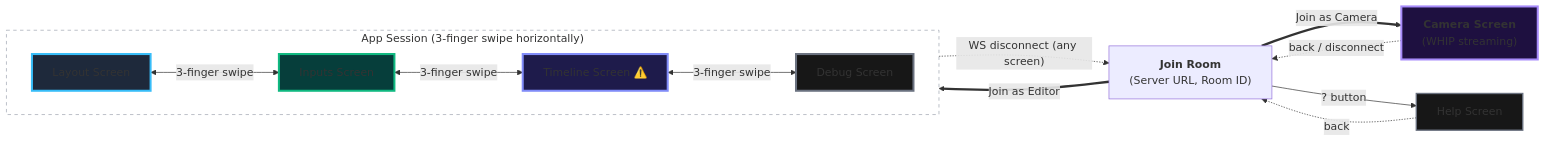
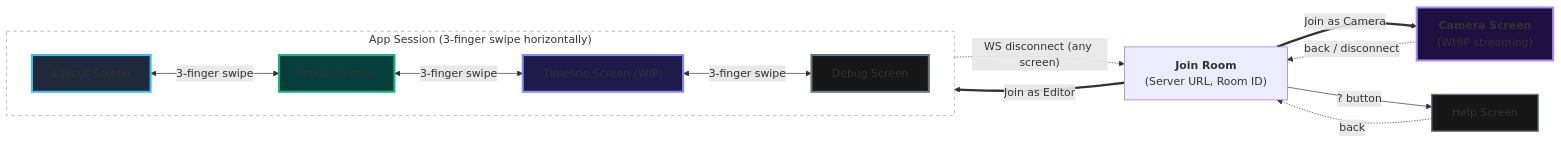
The first of 4 diagrams in mobile_app/README.md (smelter-labs/smelter-editor), drawn with Mermaid before and after one commit. The commit also changed other lines of this file and 14 other files, not shown here.

````diff
--- a/mobile_app/README.md
+++ b/mobile_app/README.md
@@ -34,33 +33,33 @@
 ```mermaid
 flowchart LR
     JoinRoom["<b>Join Room</b><br/>(Server URL, Room ID)"]
     Camera["<b>Camera Screen</b><br/>(WHIP streaming)"]
     Help["Help Screen"]
 
     subgraph App ["App Session (3-finger swipe horizontally)"]
         direction LR
         Layout["Layout Screen"]
         Inputs["Inputs Screen"]
-        Timeline["Timeline Screen ⚠️"]
+        Timeline["Timeline Screen (WIP)"]
         Debug["Debug Screen"]
 
         Layout <-->|"3-finger swipe"| Inputs
         Inputs <-->|"3-finger swipe"| Timeline
         Timeline <-->|"3-finger swipe"| Debug
     end
 
     JoinRoom ==>|"Join as Editor"| Layout
     JoinRoom ==>|"Join as Camera"| Camera
     JoinRoom -->|"? button"| Help
     Camera -.->|"back / disconnect"| JoinRoom
     Help -.->|"back"| JoinRoom
     App -.->|"WS disconnect (any screen)"| JoinRoom
 
     style Layout fill:#1E293B,stroke:#38BDF8,stroke-width:3px
     style Inputs fill:#063E3B,stroke:#10B981,stroke-width:3px
     style Timeline fill:#1E1B4B,stroke:#818CF8,stroke-width:3px
     style Debug fill:#171717,stroke:#6B7280,stroke-width:3px
     style Camera fill:#1E1040,stroke:#A78BFA,stroke-width:3px
     style Help fill:#171717,stroke:#6B7280,stroke-width:2px
     style App fill:none,stroke:#9ca3af,stroke-dasharray: 5 5
 ```
````
